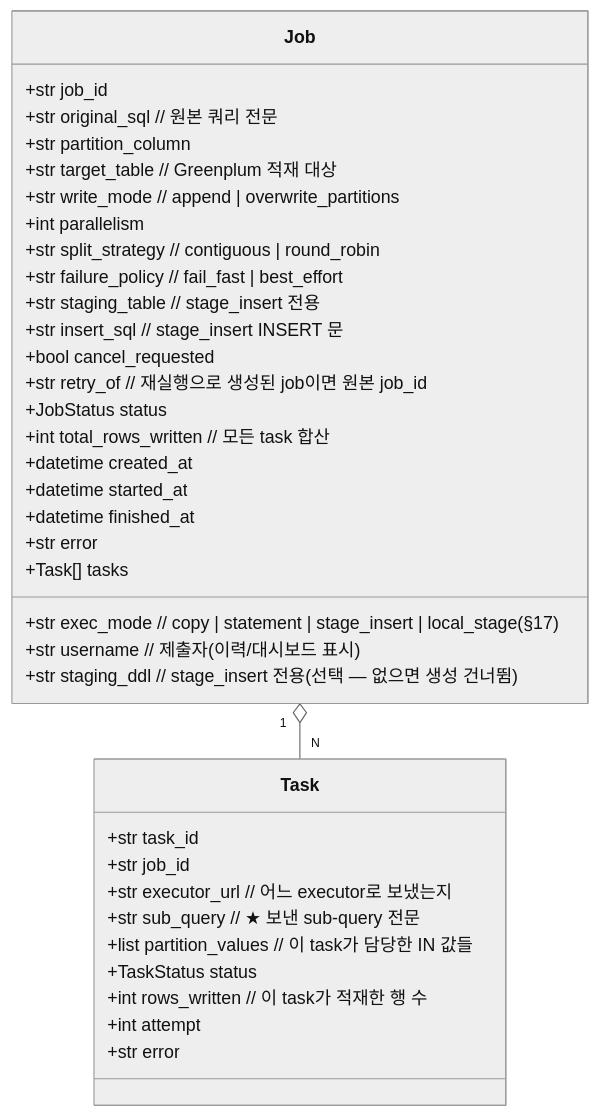
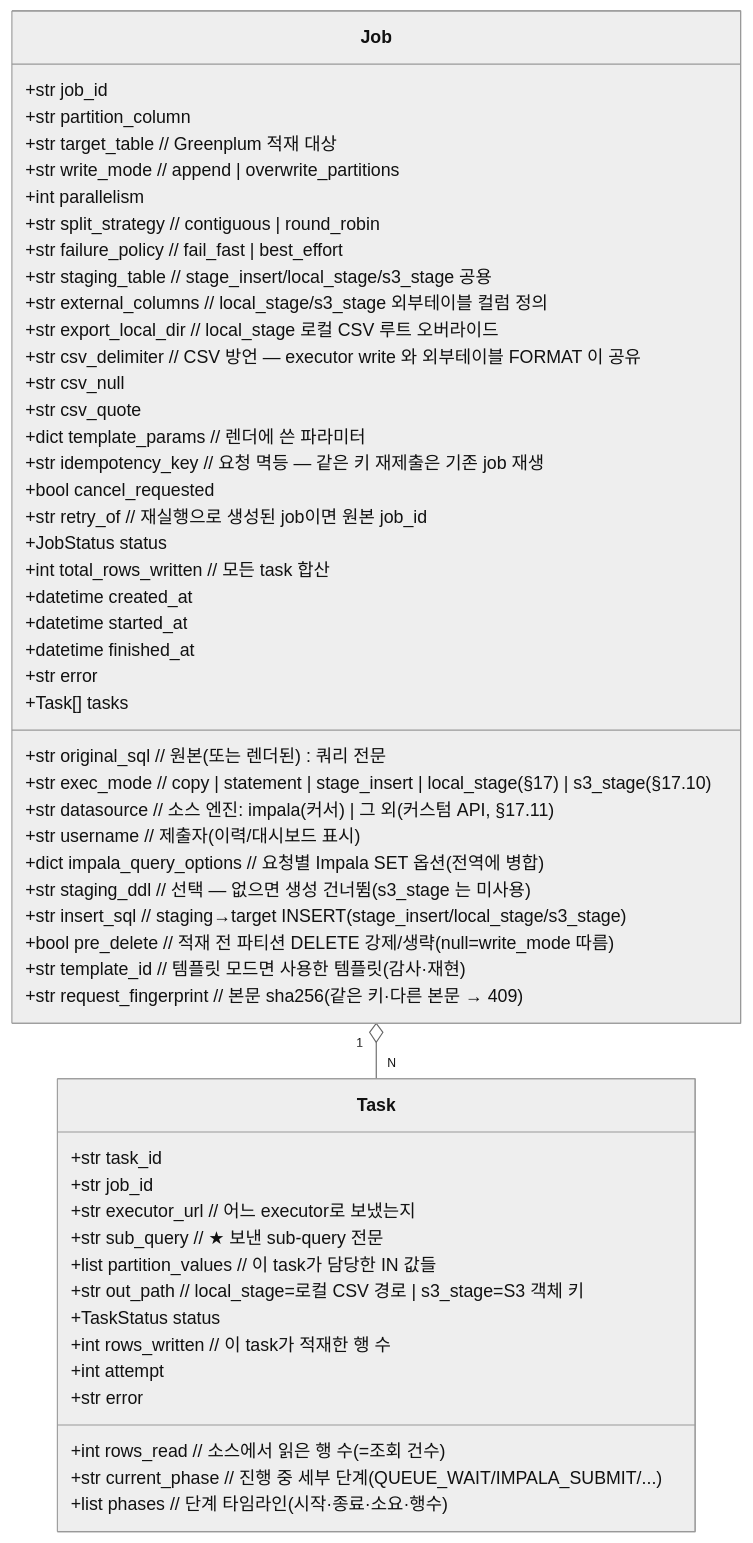
The diagram in docs/images/design-03.mmd (DataDynamics/distributed-query-executor), drawn with Mermaid (neutral theme) before and after one commit. The commit also changed 5 other files, not shown here.

First line of the commit message:
문서 그림: DESIGN 나머지 다이어그램을 코드와 재대조해 3개 갱신

```diff
--- a/docs/images/design-03.mmd
+++ b/docs/images/design-03.mmd
@@ -1,39 +1,55 @@
 classDiagram
     class Job {
         +str job_id
-        +str original_sql        // 원본 쿼리 전문
+        +str original_sql        // 원본(또는 렌더된) 쿼리 전문
         +str partition_column
         +str target_table        // Greenplum 적재 대상
         +str write_mode          // append | overwrite_partitions
-        +str exec_mode           // copy | statement | stage_insert | local_stage(§17)
+        +str exec_mode           // copy | statement | stage_insert | local_stage(§17) | s3_stage(§17.10)
+        +str datasource          // 소스 엔진: impala(커서) | 그 외(커스텀 API, §17.11)
         +int parallelism
         +str split_strategy      // contiguous | round_robin
         +str failure_policy      // fail_fast | best_effort
         +str username            // 제출자(이력/대시보드 표시)
-        +str staging_table       // stage_insert 전용
-        +str staging_ddl         // stage_insert 전용(선택 — 없으면 생성 건너뜀)
-        +str insert_sql          // stage_insert INSERT 문
+        +dict impala_query_options // 요청별 Impala SET 옵션(전역에 병합)
+        +str staging_table       // stage_insert/local_stage/s3_stage 공용
+        +str staging_ddl         // 선택 — 없으면 생성 건너뜀(s3_stage 는 미사용)
+        +str insert_sql          // staging→target INSERT (stage_insert/local_stage/s3_stage)
+        +bool pre_delete         // 적재 전 파티션 DELETE 강제/생략(null=write_mode 따름)
+        +str external_columns    // local_stage/s3_stage 외부테이블 컬럼 정의
+        +str export_local_dir    // local_stage 로컬 CSV 루트 오버라이드
+        +str csv_delimiter       // CSV 방언 — executor write 와 외부테이블 FORMAT 이 공유
+        +str csv_null
+        +str csv_quote
+        +str template_id         // 템플릿 모드면 사용한 템플릿(감사·재현)
+        +dict template_params    // 렌더에 쓴 파라미터
+        +str idempotency_key     // 요청 멱등 — 같은 키 재제출은 기존 job 재생
+        +str request_fingerprint // 본문 sha256(같은 키·다른 본문 → 409)
         +bool cancel_requested
         +str retry_of            // 재실행으로 생성된 job이면 원본 job_id
         +JobStatus status
         +int total_rows_written  // 모든 task 합산
         +datetime created_at
         +datetime started_at
         +datetime finished_at
         +str error
         +Task[] tasks
     }
 
     class Task {
         +str task_id
         +str job_id
         +str executor_url        // 어느 executor로 보냈는지
         +str sub_query           // ★ 보낸 sub-query 전문
         +list partition_values   // 이 task가 담당한 IN 값들
+        +str out_path            // local_stage=로컬 CSV 경로 | s3_stage=S3 객체 키
         +TaskStatus status
         +int rows_written        // 이 task가 적재한 행 수
+        +int rows_read           // 소스에서 읽은 행 수(=조회 건수)
+        +str current_phase       // 진행 중 세부 단계(QUEUE_WAIT/IMPALA_SUBMIT/...)
+        +list phases             // 단계 타임라인(시작·종료·소요·행수)
         +int attempt
         +str error
     }
 
     Job "1" o-- "N" Task
```
